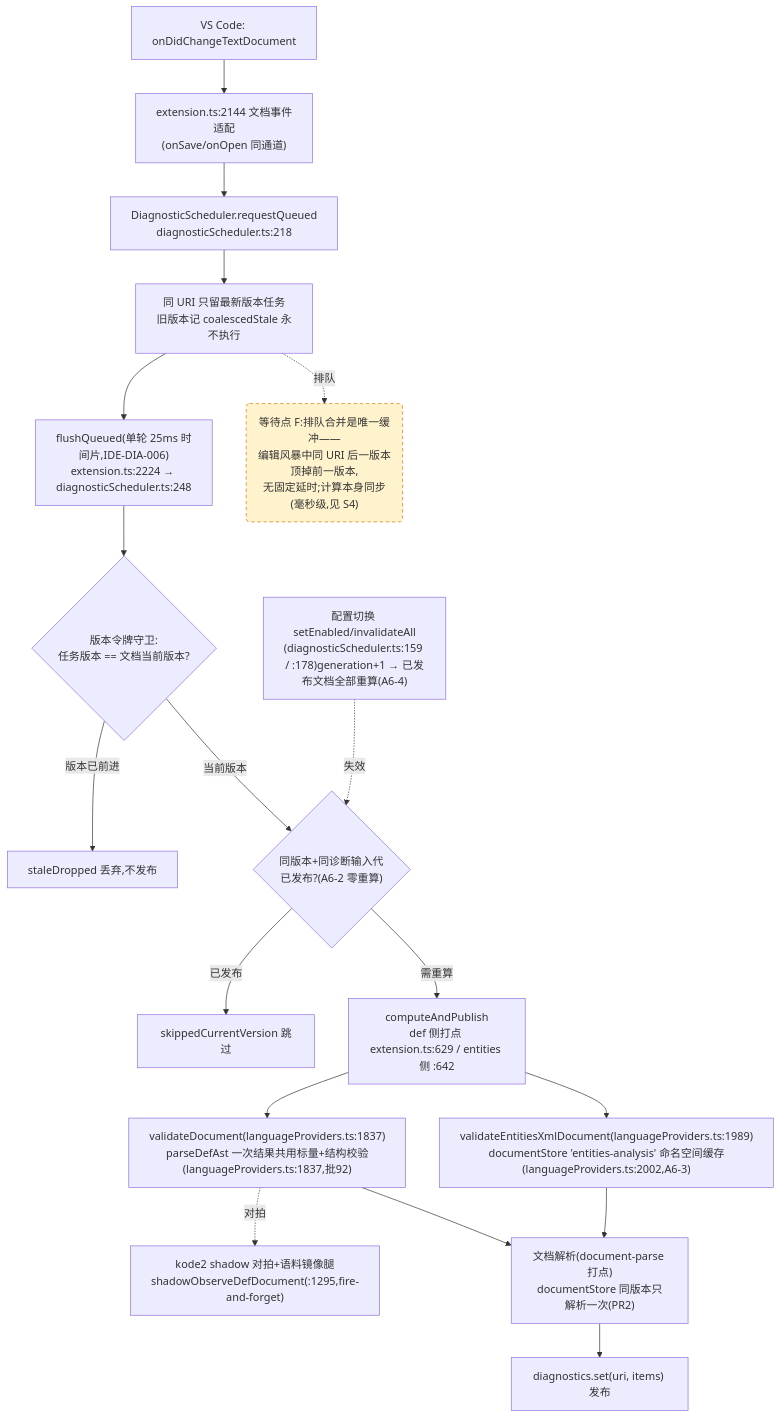
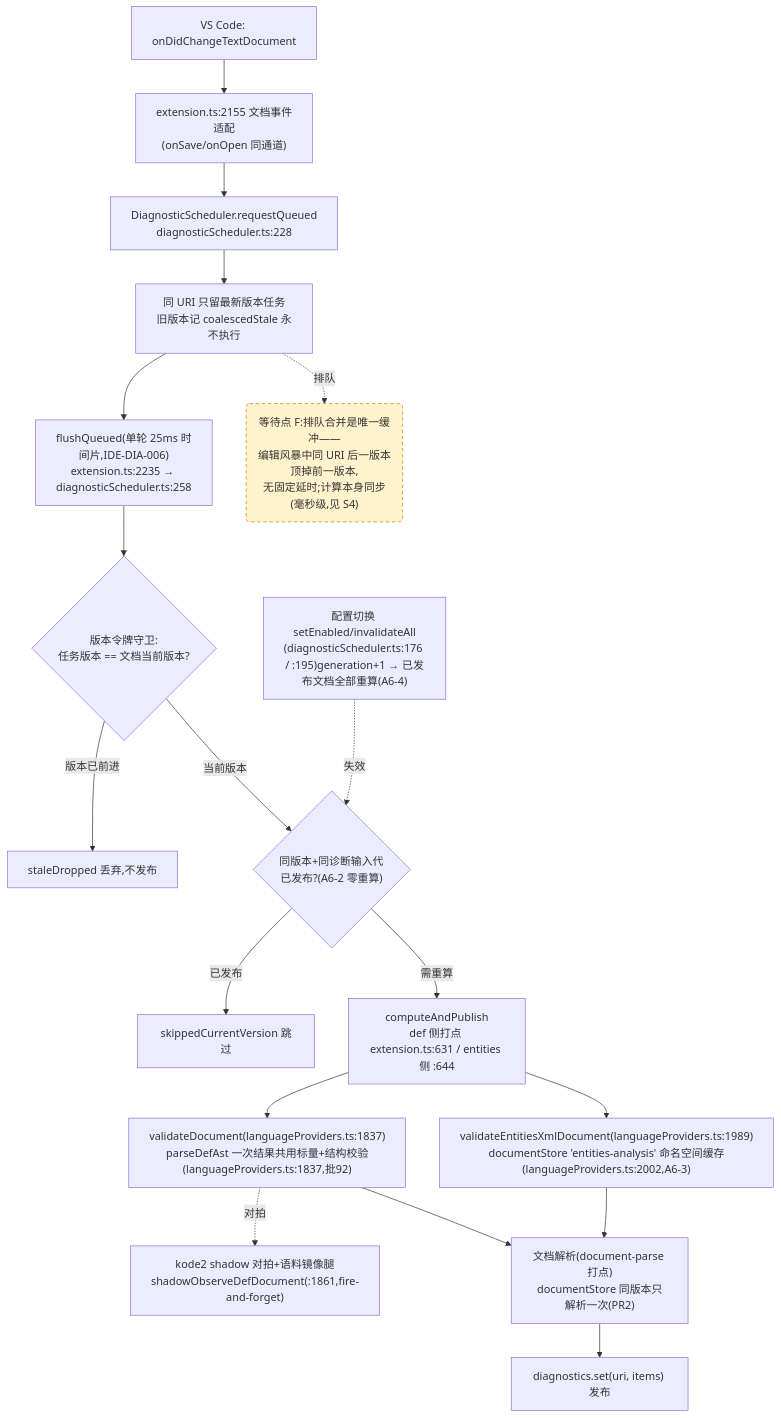
One commit to cuihairu/kode changed the fourth of 4 diagrams in docs/perf/2026-baseline.md. Above: the diagram before and after it, drawn with Mermaid. The commit also changed other lines of this file and 1 other file, not shown here.

Commit message:
fix(perf): reprobe call chain anchors and baseline citations after KR-AUD-54

````diff
--- a/docs/perf/2026-baseline.md
+++ b/docs/perf/2026-baseline.md
@@ -214,38 +214,38 @@
 ```mermaid
 flowchart TD
   CHG["VS Code: onDidChangeTextDocument"]
-  WATCH["extension.ts:2144 文档事件适配<br/>(onSave/onOpen 同通道)"]
-  RQ["DiagnosticScheduler.requestQueued<br/>diagnosticScheduler.ts:218"]
+  WATCH["extension.ts:2155 文档事件适配<br/>(onSave/onOpen 同通道)"]
+  RQ["DiagnosticScheduler.requestQueued<br/>diagnosticScheduler.ts:228"]
   CO["同 URI 只留最新版本任务<br/>旧版本记 coalescedStale 永不执行"]
-  FL["flushQueued(单轮 25ms 时间片,IDE-DIA-006)<br/>extension.ts:2224 → diagnosticScheduler.ts:248"]
+  FL["flushQueued(单轮 25ms 时间片,IDE-DIA-006)<br/>extension.ts:2235 → diagnosticScheduler.ts:258"]
   VG{"版本令牌守卫:<br/>任务版本 == 文档当前版本?"}
   DROP["staleDropped 丢弃,不发布"]
   GEN{"同版本+同诊断输入代<br/>已发布?(A6-2 零重算)"}
   SKIP["skippedCurrentVersion 跳过"]
-  CALC["computeAndPublish<br/>def 侧打点 extension.ts:629 / entities 侧 :642"]
+  CALC["computeAndPublish<br/>def 侧打点 extension.ts:631 / entities 侧 :644"]
   VD["validateDocument(languageProviders.ts:1837)<br/>parseDefAst 一次结果共用标量+结构校验(languageProviders.ts:1837,批92)"]
   VEX["validateEntitiesXmlDocument(languageProviders.ts:1989)<br/>documentStore 'entities-analysis' 命名空间缓存(languageProviders.ts:2002,A6-3)"]
-  SHDD["kode2 shadow 对拍+语料镜像腿<br/>shadowObserveDefDocument(:1295,fire-and-forget)"]
+  SHDD["kode2 shadow 对拍+语料镜像腿<br/>shadowObserveDefDocument(:1861,fire-and-forget)"]
   DS["文档解析(document-parse 打点)<br/>documentStore 同版本只解析一次(PR2)"]
   PUB["diagnostics.set(uri, items) 发布"]
-  CFG2["配置切换 setEnabled/invalidateAll<br/>(diagnosticScheduler.ts:159 / :178)generation+1 → 已发布文档全部重算(A6-4)"]
+  CFG2["配置切换 setEnabled/invalidateAll<br/>(diagnosticScheduler.ts:176 / :195)generation+1 → 已发布文档全部重算(A6-4)"]
 
   CHG --> WATCH --> RQ --> CO --> FL --> VG
   VG -- "版本已前进" --> DROP
   VG -- "当前版本" --> GEN
   GEN -- "已发布" --> SKIP
   GEN -- "需重算" --> CALC
   CALC --> VD
   CALC --> VEX
   VD --> DS
   VEX --> DS
   DS --> PUB
   VD -.->|对拍| SHDD
   CFG2 -.->|失效| GEN
 
   WAITF("等待点 F:排队合并是唯一缓冲——<br/>编辑风暴中同 URI 后一版本顶掉前一版本,<br/>无固定延时;计算本身同步(毫秒级,见 S4)")
   CO -.->|排队| WAITF
 
   classDef waitPoint fill:#fff3cd,stroke:#d97706,stroke-dasharray:5 4;
   class WAITF waitPoint;
 ```
````
